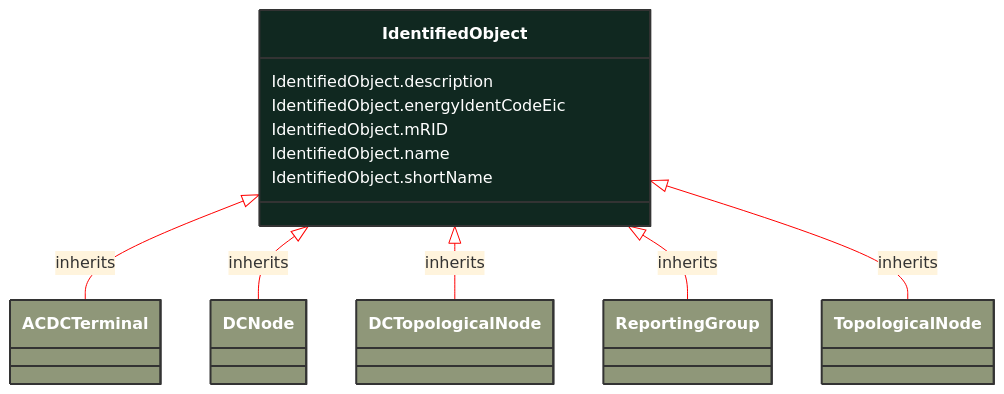
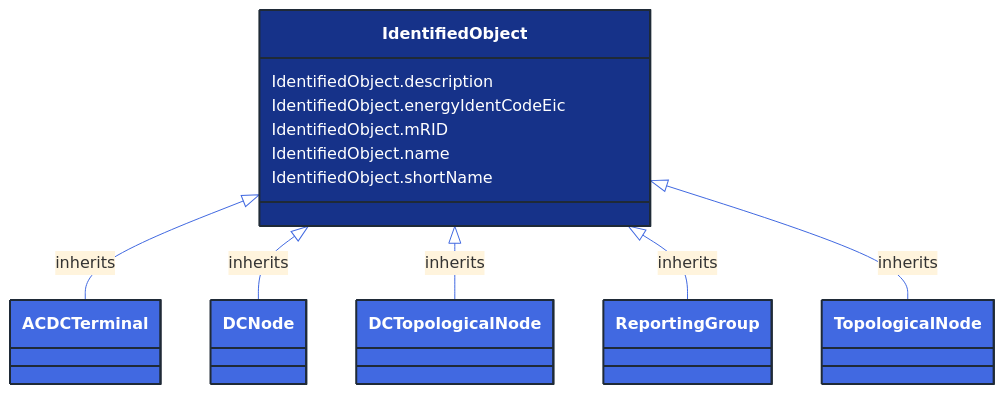
One commit to 3lbits/NoCIMExtensions changed the diagram in docs/Models/Profiles/Topology/AbstractClasses/IdentifiedObject.md. Above: the diagram before and after it, drawn with Mermaid. The commit also changed 362 other files, not shown here.

First line of the commit message:
Update diagrams and styles for improved visual consistency

````diff
--- a/docs/Models/Profiles/Topology/AbstractClasses/IdentifiedObject.md
+++ b/docs/Models/Profiles/Topology/AbstractClasses/IdentifiedObject.md
@@ -10,45 +10,45 @@
 ```mermaid
-%%{init: {'theme':'base','themeVariables': {'lineColor': '#FF0000'}}}%%
+%%{init: {'theme':'base','themeVariables': {'lineColor': '#4169E1'}}}%%
 classDiagram
     class IdentifiedObject
     click IdentifiedObject href "/Models/Profiles/Topology/AbstractClasses/IdentifiedObject/"
-    style IdentifiedObject fill:#102820,stroke:#333,stroke-width:2px,rx:10,ry:10,color:white
+    style IdentifiedObject fill:#163289,stroke:#1F2A37,stroke-width:2px,rx:10,ry:10,color:white
 
         IdentifiedObject <|-- ACDCTerminal : inherits
 
         ACDCTerminal
             click ACDCTerminal href "/Models/Profiles/Topology/AbstractClasses/ACDCTerminal/"
-            style ACDCTerminal fill:#8F9779,stroke:#333,stroke-width:2px,rx:10,ry:10,color:white
+            style ACDCTerminal fill:#4169E1,stroke:#1F2A37,stroke-width:2px,rx:10,ry:10,color:white
 
         IdentifiedObject <|-- DCNode : inherits
 
         DCNode
             click DCNode href "/Models/Profiles/Topology/ConcreteClasses/DCNode/"
-            style DCNode fill:#8F9779,stroke:#333,stroke-width:2px,rx:10,ry:10,color:white
+            style DCNode fill:#4169E1,stroke:#1F2A37,stroke-width:2px,rx:10,ry:10,color:white
 
         IdentifiedObject <|-- DCTopologicalNode : inherits
 
         DCTopologicalNode
             click DCTopologicalNode href "/Models/Profiles/Topology/ConcreteClasses/DCTopologicalNode/"
-            style DCTopologicalNode fill:#8F9779,stroke:#333,stroke-width:2px,rx:10,ry:10,color:white
+            style DCTopologicalNode fill:#4169E1,stroke:#1F2A37,stroke-width:2px,rx:10,ry:10,color:white
 
         IdentifiedObject <|-- ReportingGroup : inherits
 
         ReportingGroup
             click ReportingGroup href "/Models/Profiles/Topology/ConcreteClasses/ReportingGroup/"
-            style ReportingGroup fill:#8F9779,stroke:#333,stroke-width:2px,rx:10,ry:10,color:white
+            style ReportingGroup fill:#4169E1,stroke:#1F2A37,stroke-width:2px,rx:10,ry:10,color:white
 
         IdentifiedObject <|-- TopologicalNode : inherits
 
         TopologicalNode
             click TopologicalNode href "/Models/Profiles/Topology/ConcreteClasses/TopologicalNode/"
-            style TopologicalNode fill:#8F9779,stroke:#333,stroke-width:2px,rx:10,ry:10,color:white
+            style TopologicalNode fill:#4169E1,stroke:#1F2A37,stroke-width:2px,rx:10,ry:10,color:white
 
 
 
         IdentifiedObject : IdentifiedObject.description
         IdentifiedObject : IdentifiedObject.energyIdentCodeEic
         IdentifiedObject : IdentifiedObject.mRID
         IdentifiedObject : IdentifiedObject.name
         IdentifiedObject : IdentifiedObject.shortName
 ```
````
